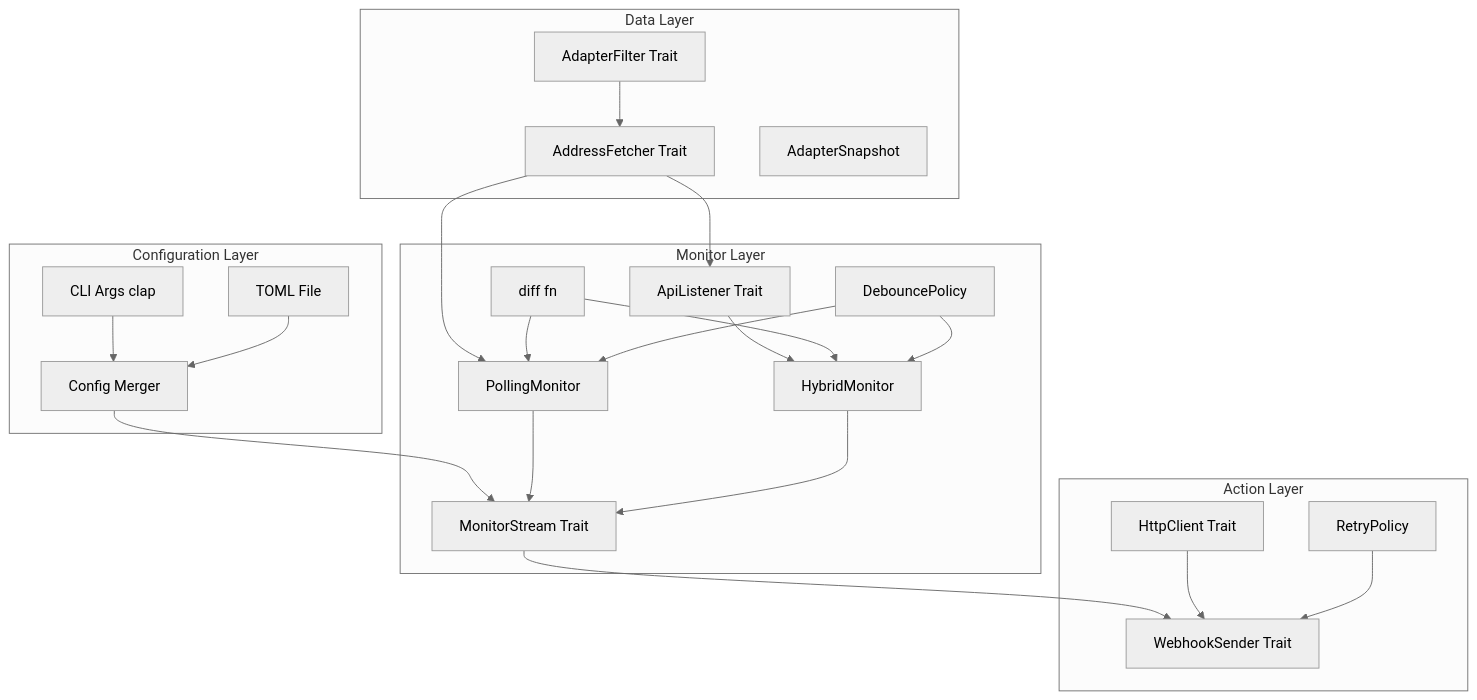
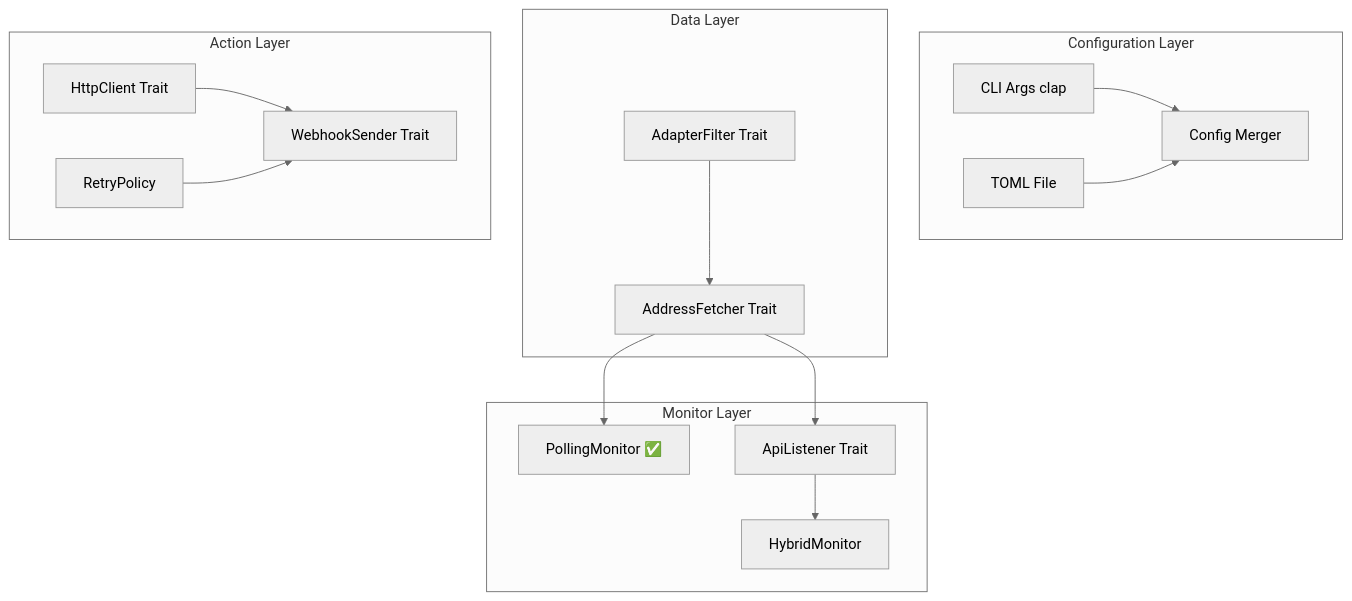
Before and after one commit to doraemonkeys/ddns-a: the diagram in docs/Implementation Plan.md, drawn with Mermaid (neutral theme). The commit also changed other lines of this file and 7 other files, not shown here.

Commit message:
Refactor polling module by removing `PollingMonitor` and `PollingStream` implementations, and introducing a new structure for managing IP address changes. Enhance tests for change detection and debounce functionality, ensuring robust behavior in various scenarios.

````diff
--- a/docs/Implementation Plan.md
+++ b/docs/Implementation Plan.md
@@ -15,46 +13,34 @@
 ```mermaid
 flowchart TB
     subgraph config [Configuration Layer]
         CLI[CLI Args clap]
         TOML[TOML File]
         Merge[Config Merger]
     end
     
     subgraph data [Data Layer]
         Fetcher[AddressFetcher Trait]
         Filter[AdapterFilter Trait]
-        Snapshot[AdapterSnapshot]
     end
     
     subgraph monitor [Monitor Layer]
-        Detector[diff fn]
-        Debounce[DebouncePolicy]
-        Poller[PollingMonitor]
+        Poller[PollingMonitor ✅]
         ApiListener[ApiListener Trait]
         Hybrid[HybridMonitor]
-        MonitorTrait[MonitorStream Trait]
     end
     
     subgraph action [Action Layer]
         HttpClient[HttpClient Trait]
         Sender[WebhookSender Trait]
         Retry[RetryPolicy]
     end
     
     CLI --> Merge
     TOML --> Merge
-    Merge --> MonitorTrait
     Filter --> Fetcher
     Fetcher --> Poller
     Fetcher --> ApiListener
-    Poller --> MonitorTrait
-    Hybrid --> MonitorTrait
     ApiListener --> Hybrid
-    Detector --> Poller
-    Detector --> Hybrid
-    Debounce --> Poller
-    Debounce --> Hybrid
-    MonitorTrait --> Sender
     HttpClient --> Sender
     Retry --> Sender
 ```
````
